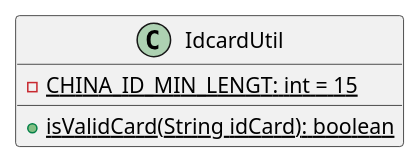
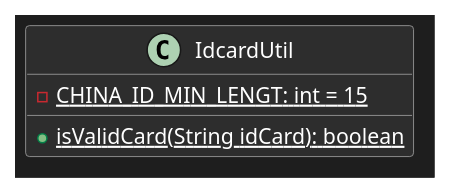
Before and after one commit to xihuanxiaorang/my-obsidian-notes: the second of 12 diagrams in 01.Articles/DesignPattern/UML 类图.md, drawn with PlantUML. The commit also changed other lines of this file and 13 other files, not shown here.

````diff
--- a/01.Articles/DesignPattern/UML 类图.md
+++ b/01.Articles/DesignPattern/UML 类图.md
@@ -44,10 +64,30 @@
 	```plantuml
 	@startuml
 	
+	' 深色背景
+	skinparam backgroundColor #1E1E1E
+	skinparam defaultTextColor white
+	
+	' 类外观
+	skinparam ClassBackgroundColor #2D2D2D
+	skinparam ClassBorderColor #AAAAAA
+	skinparam ClassFontColor #FFFFFF
+	skinparam ClassStereotypeFontColor #66D9EF   ' 类 stereotype 文字亮青
+	skinparam ClassAttributeFontColor #E6E6E6    ' 属性文字浅灰
+	
+	' 属性/方法图标颜色
+	skinparam ClassAttributeIconColor #FFD966    ' 属性图标亮黄
+	skinparam ClassMethodIconColor #80FF80       ' 方法图标亮绿
+	
+	' 连接线和箭头
+	skinparam ArrowColor #CCCCCC
+	skinparam LineColor #CCCCCC
+	skinparam ArrowFontColor #FFFFFF
+	
 	class IdcardUtil {
-	  - {static} CHINA_ID_MIN_LENGT: int = 15
-	  + {static} isValidCard(String idCard): boolean
+		- {static} CHINA_ID_MIN_LENGT: int = 15
+		+ {static} isValidCard(String idCard): boolean
 	}
 	
 	@enduml
 	```
````
